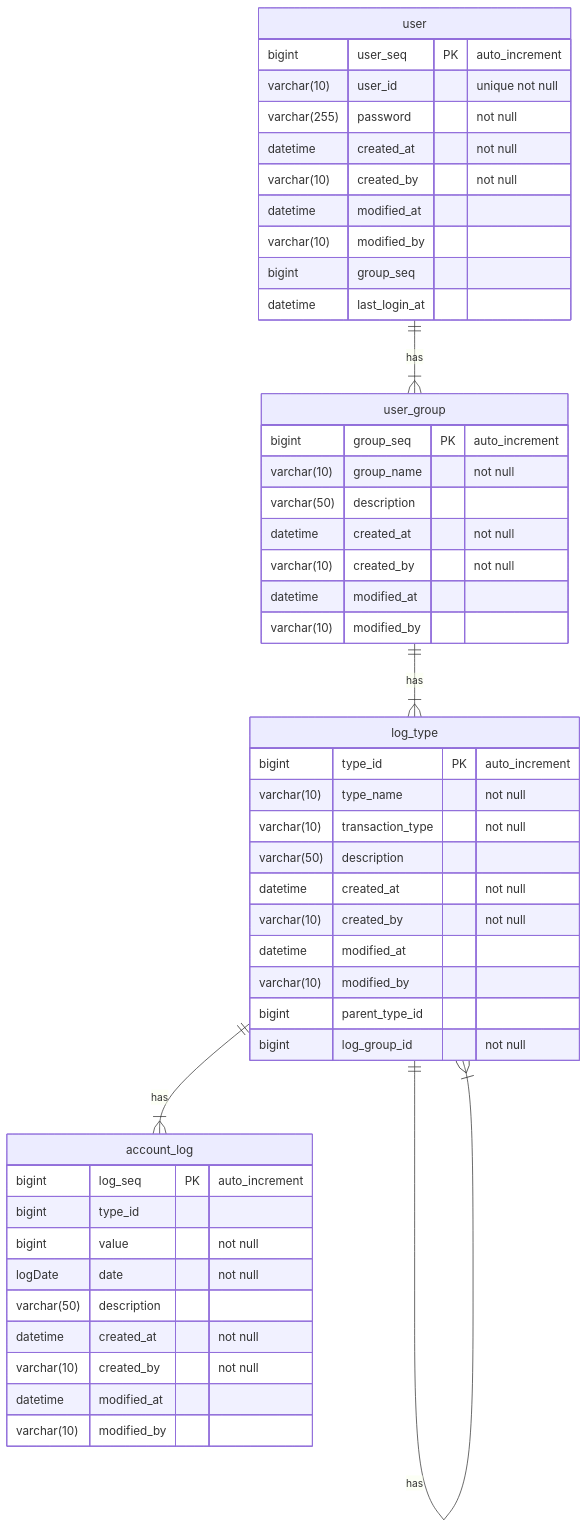
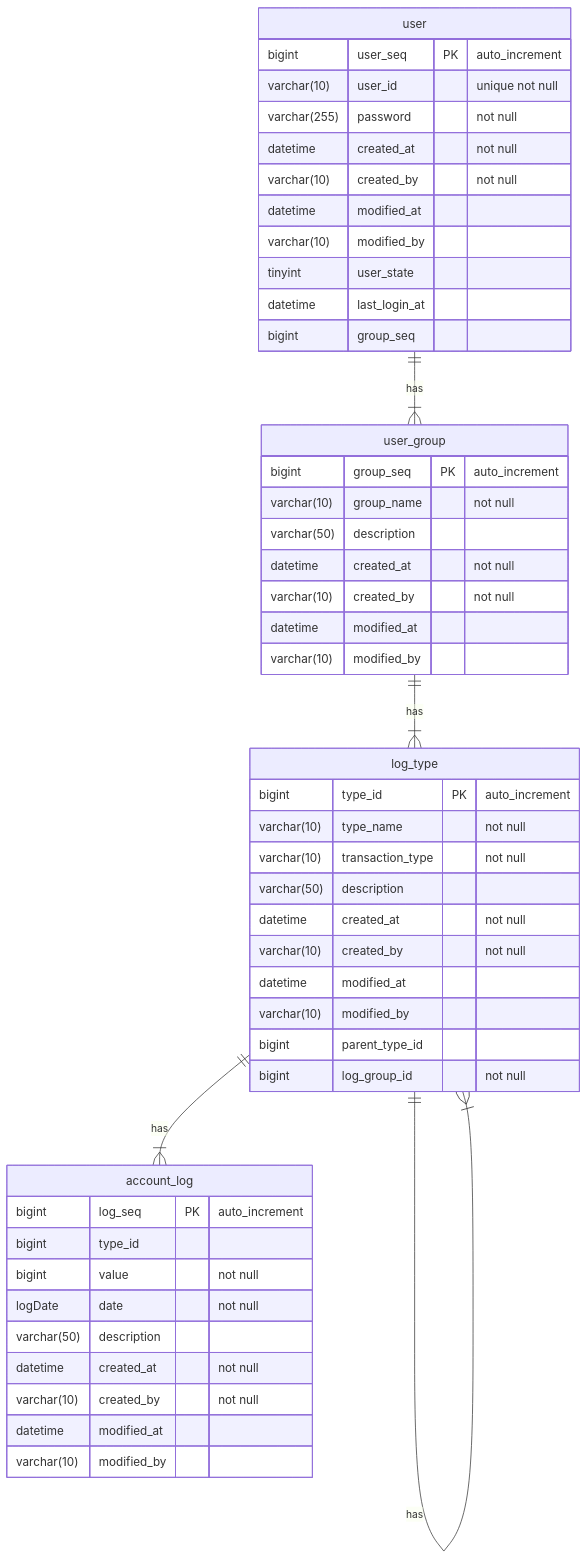
Before and after one commit to SeungHeeNoh/accountBook: the diagram in README.md, drawn with Mermaid. The commit also changed 1 other file, not shown here.

Commit message:
feat: user table에 user_state 컬럼 추가
#22

````diff
--- a/README.md
+++ b/README.md
@@ -11,51 +11,52 @@
 ```mermaid
 erDiagram
     user ||--|{ user_group : has
     user_group ||--|{ log_type : has
     log_type ||--|{ log_type : has
     log_type ||--|{ account_log : has
     user {
         bigint user_seq PK "auto_increment"
         varchar(10) user_id "unique not null"
         varchar(255) password "not null"
         datetime created_at "not null"
         varchar(10) created_by "not null"
         datetime modified_at
         varchar(10) modified_by
+        tinyint user_state
+        datetime last_login_at
         bigint group_seq
-        datetime last_login_at
     }
     user_group {
         bigint group_seq PK "auto_increment"
         varchar(10) group_name "not null"
         varchar(50) description
         datetime created_at "not null"
         varchar(10) created_by "not null"
         datetime modified_at
         varchar(10) modified_by
     }
     log_type {
         bigint type_id PK "auto_increment"
         varchar(10) type_name "not null"
         varchar(10) transaction_type "not null"
         varchar(50) description
         datetime created_at "not null"
         varchar(10) created_by "not null"
         datetime modified_at
         varchar(10) modified_by
         bigint parent_type_id
         bigint log_group_id "not null"
     }
     account_log {
         bigint log_seq PK "auto_increment"
         bigint type_id
         bigint value "not null"
         logDate date "not null"
         varchar(50) description
         datetime created_at "not null"
         varchar(10) created_by "not null"
         datetime modified_at
         varchar(10) modified_by
     }
 
 ```
````
